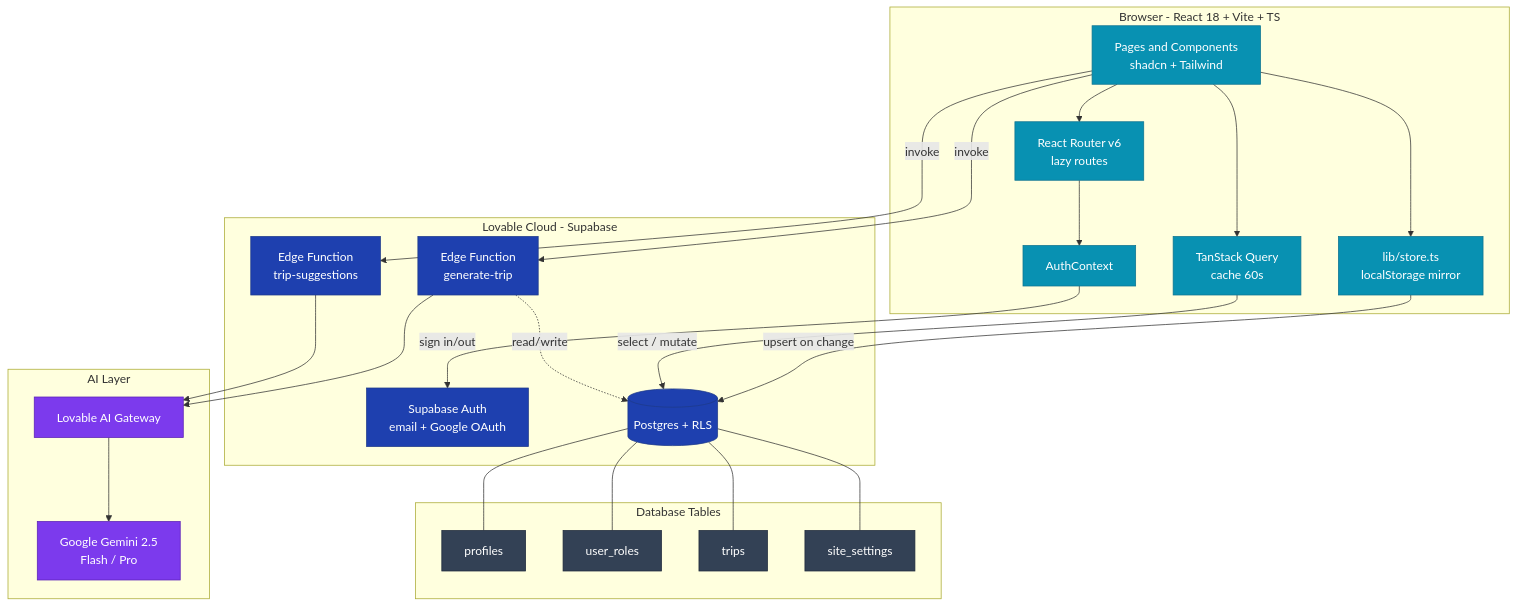
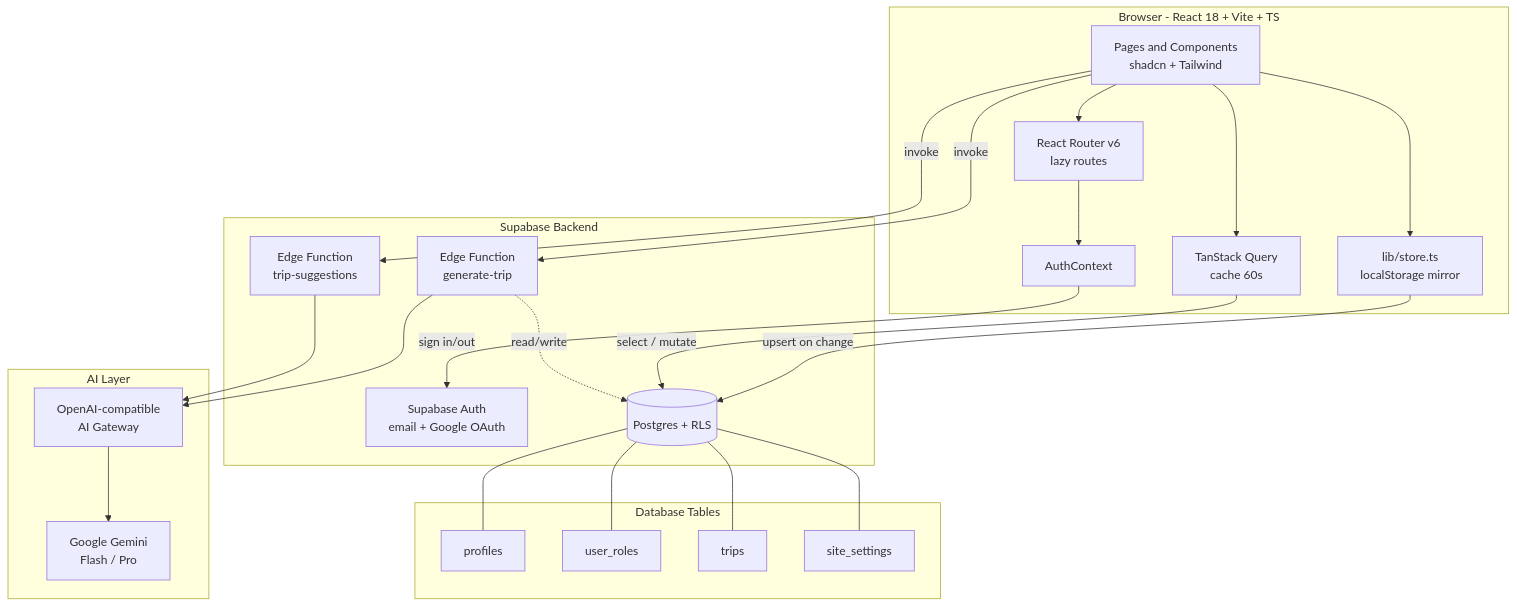
The diagram in docs/architecture.mmd (organicsmm/odddohackathon), drawn with Mermaid before and after one commit. The commit also changed 2 other files, not shown here.

```diff
--- a/docs/architecture.mmd
+++ b/docs/architecture.mmd
@@ -1,54 +1,45 @@
 graph TB
     subgraph Client["Browser - React 18 + Vite + TS"]
         UI[Pages and Components<br/>shadcn + Tailwind]
         Router[React Router v6<br/>lazy routes]
         Store[lib/store.ts<br/>localStorage mirror]
         Query[TanStack Query<br/>cache 60s]
         AuthCtx[AuthContext]
     end
 
-    subgraph Cloud["Lovable Cloud - Supabase"]
+    subgraph Cloud["Supabase Backend"]
         Auth[Supabase Auth<br/>email + Google OAuth]
         DB[(Postgres + RLS)]
         Edge1[Edge Function<br/>generate-trip]
         Edge2[Edge Function<br/>trip-suggestions]
     end
 
     subgraph AI["AI Layer"]
-        Gateway[Lovable AI Gateway]
-        Gemini[Google Gemini 2.5<br/>Flash / Pro]
+        Gateway[OpenAI-compatible<br/>AI Gateway]
+        Gemini[Google Gemini<br/>Flash / Pro]
     end
 
     subgraph Tables["Database Tables"]
         T1[profiles]
         T2[user_roles]
         T3[trips]
         T4[site_settings]
     end
 
     UI --> Router
     Router --> AuthCtx
     UI --> Store
     UI --> Query
     AuthCtx -->|sign in/out| Auth
     Store -->|upsert on change| DB
     Query -->|select / mutate| DB
     UI -->|invoke| Edge1
     UI -->|invoke| Edge2
     Edge1 --> Gateway
     Edge2 --> Gateway
     Gateway --> Gemini
     Edge1 -.read/write.-> DB
     DB --- T1
     DB --- T2
     DB --- T3
     DB --- T4
-
-    classDef cloud fill:#1e40af,stroke:#1e3a8a,color:#fff
-    classDef ai fill:#7c3aed,stroke:#5b21b6,color:#fff
-    classDef client fill:#0891b2,stroke:#0e7490,color:#fff
-    classDef table fill:#334155,stroke:#1e293b,color:#fff
-    class Auth,DB,Edge1,Edge2 cloud
-    class Gateway,Gemini ai
-    class UI,Router,Store,Query,AuthCtx client
-    class T1,T2,T3,T4 table
```
